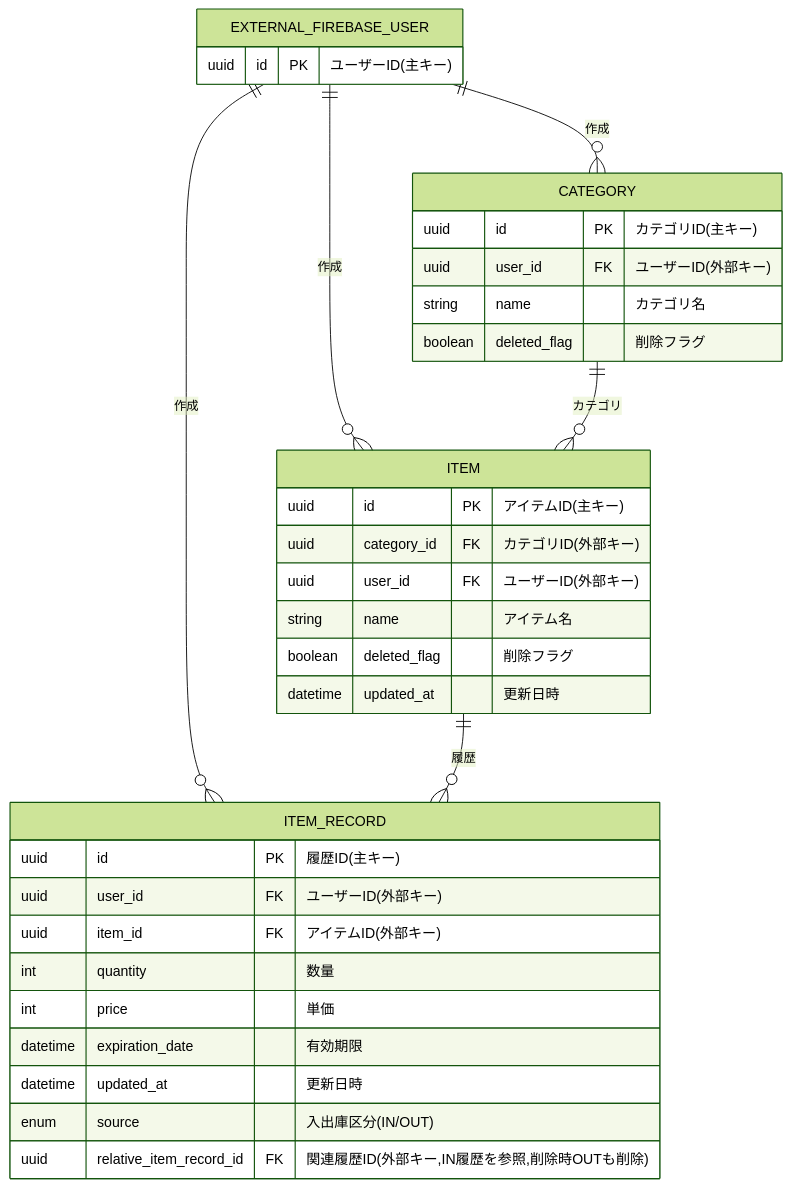
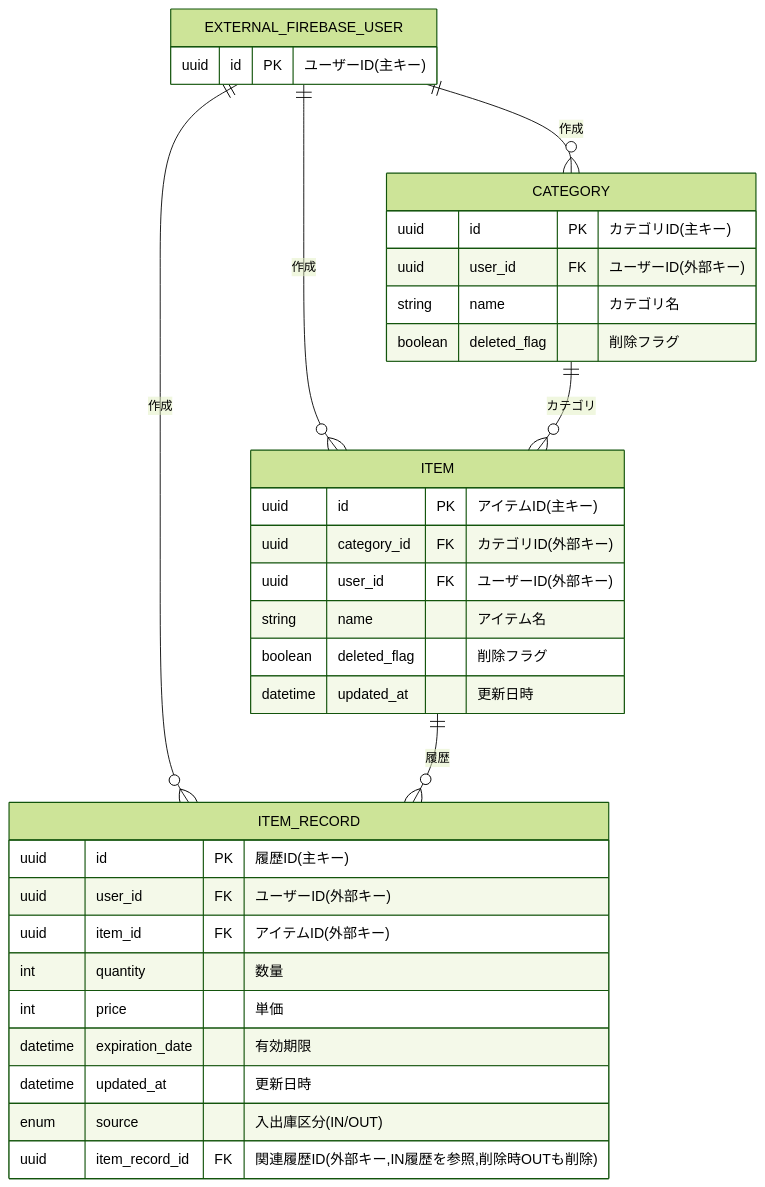
The diagram in app-info/er.md (haya790315/inventory-app), drawn with Mermaid (forest theme) before and after one commit. The commit also changed other lines of this file and 2 other files, not shown here.

Commit message:
要件定義修正、シーケンス図追加

````diff
--- a/app-info/er.md
+++ b/app-info/er.md
@@ -3,40 +3,40 @@
 ```mermaid
 erDiagram
   EXTERNAL_FIREBASE_USER {
     uuid id PK "ユーザーID(主キー)"
   }
 
   CATEGORY {
     uuid id PK "カテゴリID(主キー)"
     uuid user_id FK "ユーザーID(外部キー)"
     string name "カテゴリ名"
     boolean deleted_flag "削除フラグ"
   }
 
   ITEM {
     uuid id PK "アイテムID(主キー)"
     uuid category_id FK "カテゴリID(外部キー)"
     uuid user_id FK "ユーザーID(外部キー)"
     string name "アイテム名"
     boolean deleted_flag "削除フラグ"
     datetime updated_at "更新日時"
   }
 
   ITEM_RECORD {
     uuid id PK "履歴ID(主キー)"
     uuid user_id FK "ユーザーID(外部キー)"
     uuid item_id FK "アイテムID(外部キー)"
     int quantity "数量"
     int price "単価"
     datetime expiration_date "有効期限"
     datetime updated_at "更新日時"
       enum source "入出庫区分(IN/OUT)"
-      uuid relative_item_record_id FK "関連履歴ID(外部キー,IN履歴を参照,削除時OUTも削除)"
+      uuid item_record_id FK "関連履歴ID(外部キー,IN履歴を参照,削除時OUTも削除)"
   }
 
   EXTERNAL_FIREBASE_USER ||--o{ CATEGORY : "作成"
   EXTERNAL_FIREBASE_USER ||--o{ ITEM : "作成"
   EXTERNAL_FIREBASE_USER ||--o{ ITEM_RECORD : "作成"
   CATEGORY ||--o{ ITEM : "カテゴリ"
   ITEM ||--o{ ITEM_RECORD : "履歴"
 ```
````
